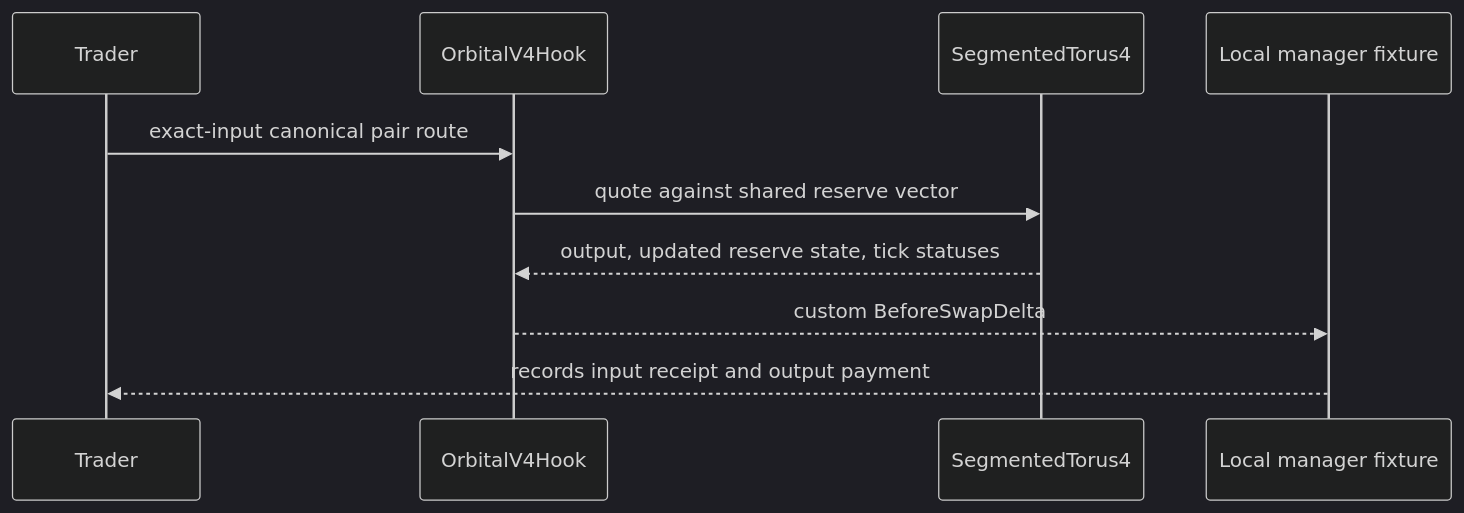
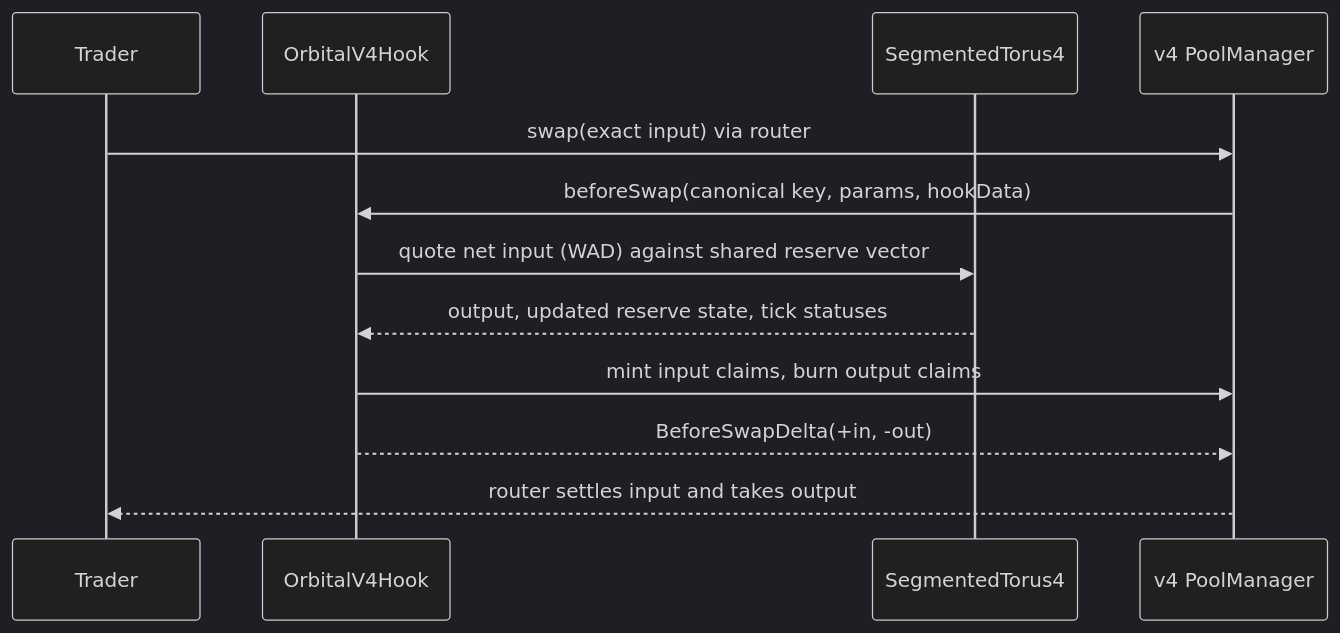
The third of 3 diagrams in README.md (Sarnav07/Orbital), drawn with Mermaid (dark theme) before and after one commit. The commit also changed other lines of this file and 6 other files, not shown here.

````diff
--- a/README.md
+++ b/README.md
@@ -85,13 +89,15 @@
 ```mermaid
 sequenceDiagram
     participant Trader
     participant Hook as OrbitalV4Hook
     participant Engine as SegmentedTorus4
-    participant Fixture as Local manager fixture
+    participant Manager as v4 PoolManager
 
-    Trader->>Hook: exact-input canonical pair route
-    Hook->>Engine: quote against shared reserve vector
+    Trader->>Manager: swap(exact input) via router
+    Manager->>Hook: beforeSwap(canonical key, params, hookData)
+    Hook->>Engine: quote net input (WAD) against shared reserve vector
     Engine-->>Hook: output, updated reserve state, tick statuses
-    Hook-->>Fixture: custom BeforeSwapDelta
-    Fixture-->>Trader: records input receipt and output payment
+    Hook->>Manager: mint input claims, burn output claims
+    Hook-->>Manager: BeforeSwapDelta(+in, -out)
+    Manager-->>Trader: router settles input and takes output
 ```
````
